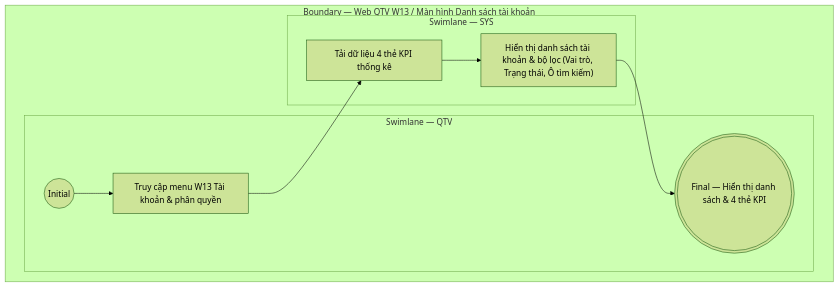
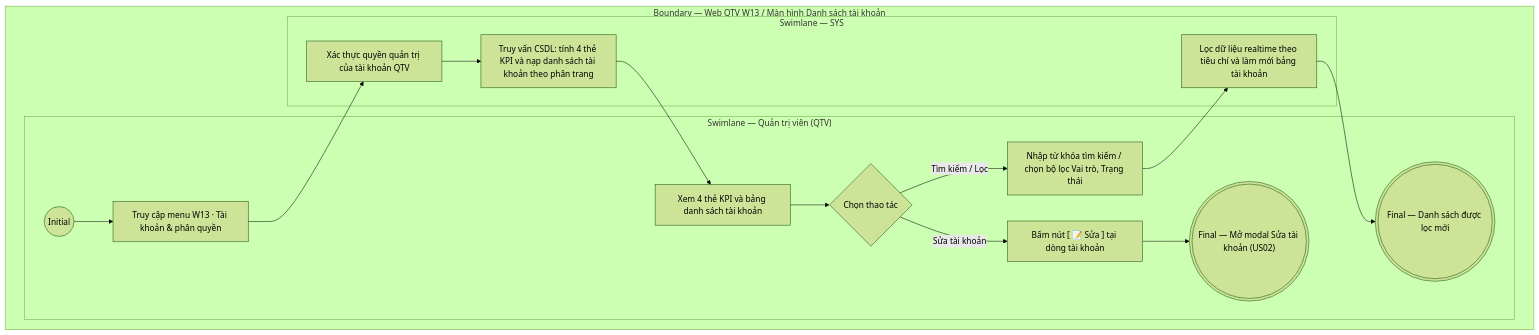
The diagram in docs/user-stories/qtv/QTV-W13-Tài khoản & phân quyền/QTV-W13-US01-Xem danh sách tài khoản và thống kê KPI.md (ThachY-23120411/Paradise-Gym-v2), drawn with Mermaid (forest theme) before and after one commit. The commit also changed other lines of this file and 97 other files, not shown here.

````diff
--- a/docs/user-stories/qtv/QTV-W13-Tài khoản & phân quyền/QTV-W13-US01-Xem danh sách tài khoản và thống kê KPI.md
+++ b/docs/user-stories/qtv/QTV-W13-Tài khoản & phân quyền/QTV-W13-US01-Xem danh sách tài khoản và thống kê KPI.md
@@ -40,16 +74,29 @@
 ```mermaid
 flowchart TB
   subgraph B["Boundary — Web QTV W13 / Màn hình Danh sách tài khoản"]
-    subgraph L0["Swimlane — QTV"]
+    subgraph L0["Swimlane — Quản trị viên (QTV)"]
       I01(("Initial"))
-      A01["Truy cập menu W13 Tài khoản & phân quyền"]
-      F01((("Final — Hiển thị danh sách & 4 thẻ KPI")))
+      A01["Truy cập menu W13 · Tài khoản & phân quyền"]
+      A02["Xem 4 thẻ KPI và bảng danh sách tài khoản"]
+      A03{"Chọn thao tác"}
+      A04["Nhập từ khóa tìm kiếm / chọn bộ lọc Vai trò, Trạng thái"]
+      A05["Bấm nút [ 📝 Sửa ] tại dòng tài khoản"]
+      F01((("Final — Mở modal Sửa tài khoản (US02)")))
+      F02((("Final — Danh sách được lọc mới")))
+
       I01 --> A01
+      A02 --> A03
+      A03 -->|Tìm kiếm / Lọc| A04
+      A03 -->|Sửa tài khoản| A05 --> F01
     end
+
     subgraph L1["Swimlane — SYS"]
-      S01["Tải dữ liệu 4 thẻ KPI thống kê"]
-      S02["Hiển thị danh sách tài khoản & bộ lọc (Vai trò, Trạng thái, Ô tìm kiếm)"]
-      A01 --> S01 --> S02 --> F01
+      S01["Xác thực quyền quản trị của tài khoản QTV"]
+      S02["Truy vấn CSDL: tính 4 thẻ KPI và nạp danh sách tài khoản theo phân trang"]
+      S03["Lọc dữ liệu realtime theo tiêu chí và làm mới bảng tài khoản"]
+
+      A01 --> S01 --> S02 --> A02
+      A04 --> S03 --> F02
     end
   end
 ```
````
